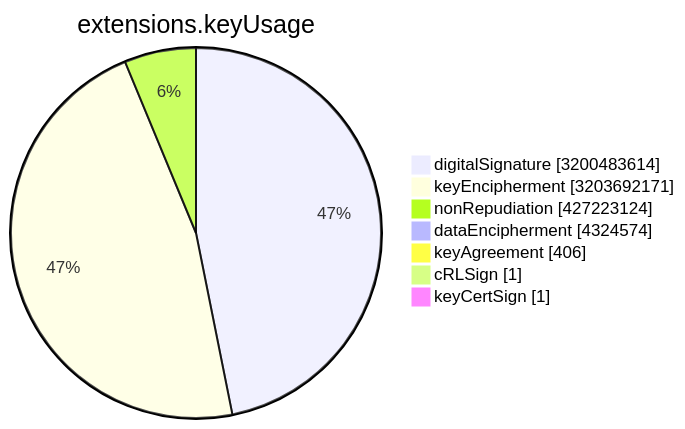
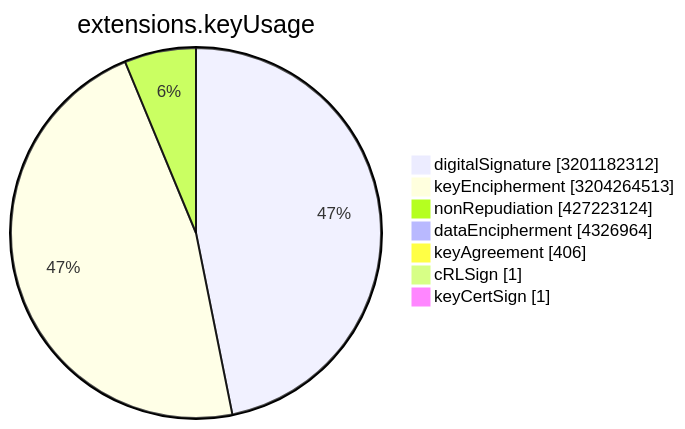
One commit to christiankrug/ctmonitor_visualization changed the sixth of 15 diagrams in TOTAL/README.md. Above: the diagram before and after it, drawn with Mermaid. The commit also changed other lines of this file, not shown here.

````diff
--- a/TOTAL/README.md
+++ b/TOTAL/README.md
@@ -3077,11 +3077,11 @@
 ```mermaid
 pie showData
 title extensions.keyUsage
-"digitalSignature" :3200483614
-"keyEncipherment" :3203692171
+"digitalSignature" :3201182312
+"keyEncipherment" :3204264513
 "nonRepudiation" :427223124
-"dataEncipherment" :4324574
+"dataEncipherment" :4326964
 "keyAgreement" :406
 "cRLSign" :1
 "keyCertSign" :1
 ```
````
